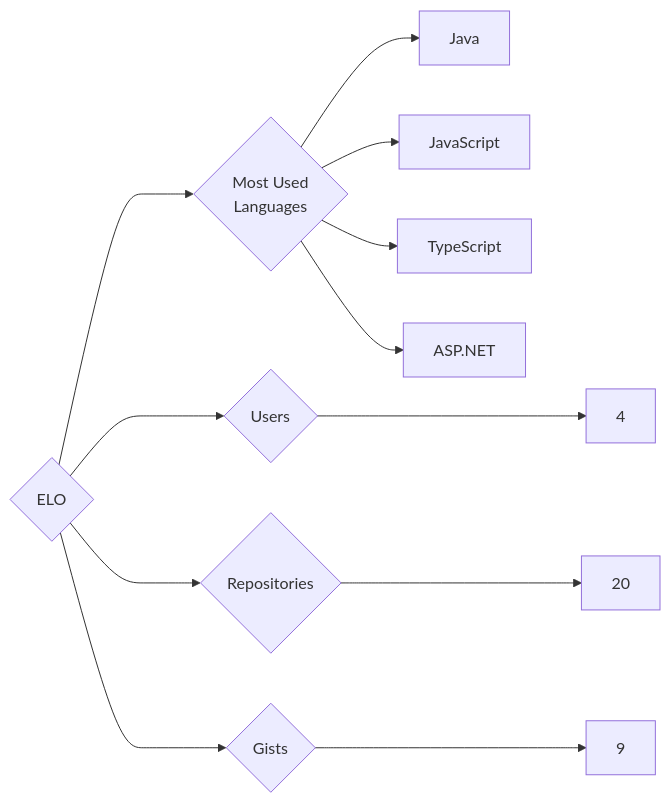
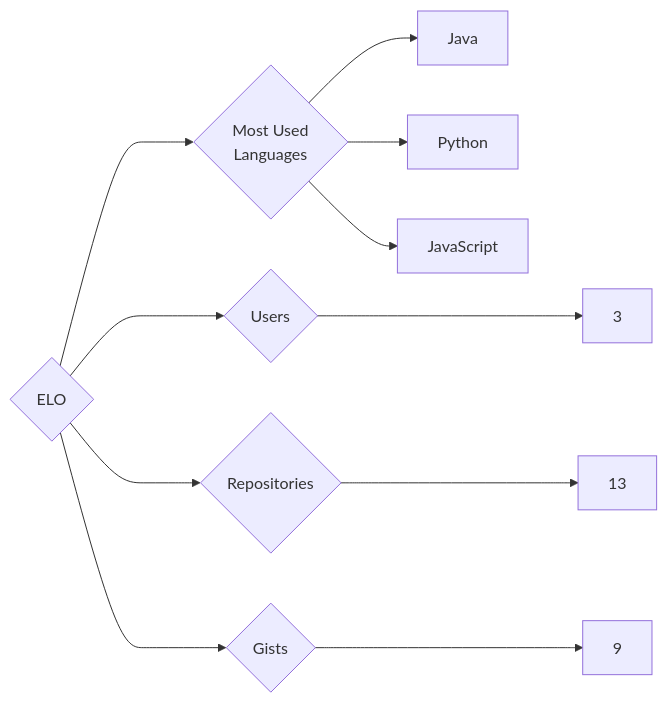
Before and after one commit to trickest/insiders: the diagram in targets/ELO/README.md, drawn with Mermaid. The commit also changed 1120 other files, not shown here.

````diff
--- a/targets/ELO/README.md
+++ b/targets/ELO/README.md
@@ -3,12 +3,11 @@
 ```mermaid
 graph LR
 COMPANY_NAME{ELO}
-COMPANY_NAME ---> U{Users} ---> UN[4]
-COMPANY_NAME ---> R{Repositories} ---> RN[20]
+COMPANY_NAME ---> U{Users} ---> UN[3]
+COMPANY_NAME ---> R{Repositories} ---> RN[13]
 COMPANY_NAME ---> G{Gists} ---> GN[9]
 COMPANY_NAME ---> ML{Most Used<br>Languages}
 ML --> Java[Java]
+ML --> Python[Python]
 ML --> JavaScript[JavaScript]
-ML --> TypeScript[TypeScript]
-ML --> ASP.NET[ASP.NET]
 ```
````
